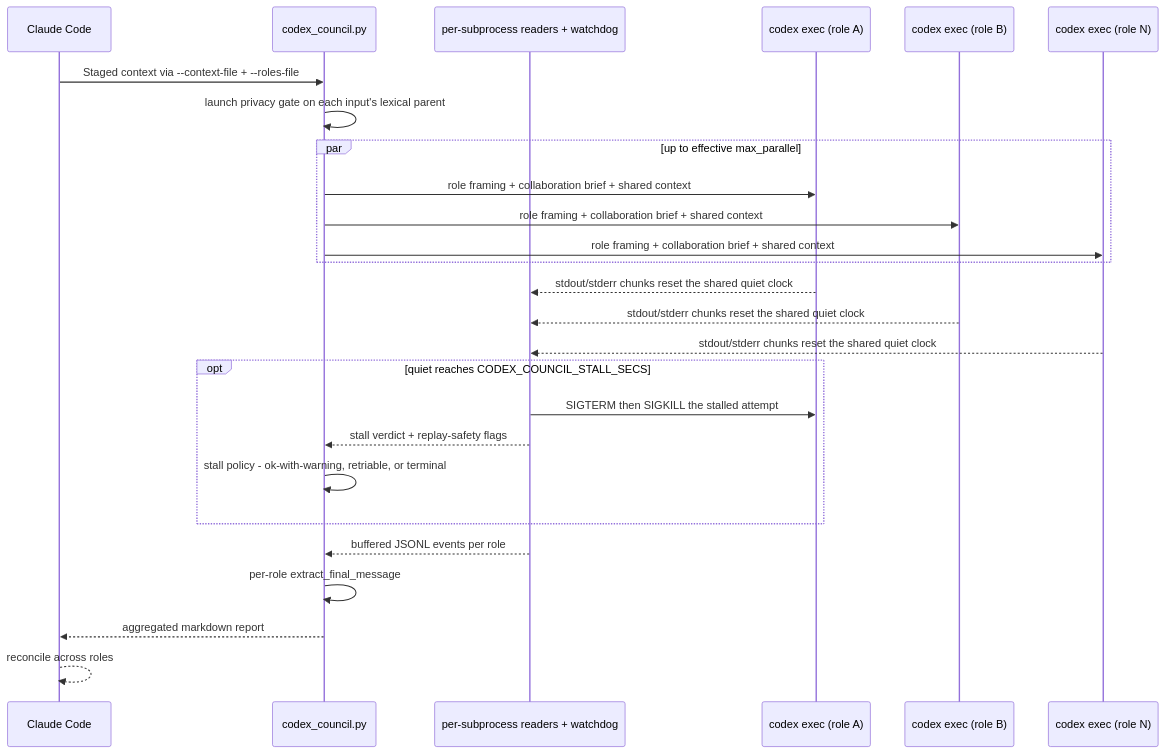
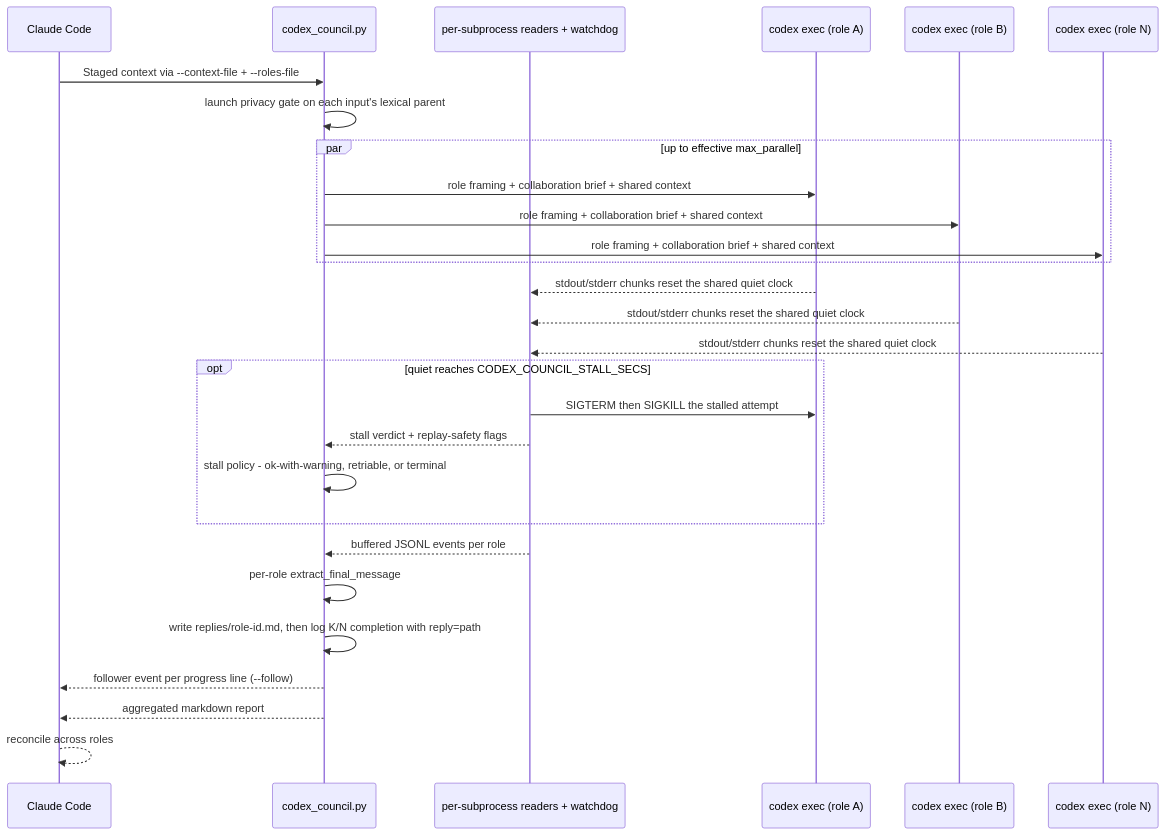
The first of 3 diagrams in DESIGN.md (ehzawad/codex-council), drawn with Mermaid before and after one commit. The commit also changed other lines of this file and 12 other files, not shown here.

````diff
--- a/DESIGN.md
+++ b/DESIGN.md
@@ -104,29 +122,31 @@
 ```mermaid
 sequenceDiagram
     participant C as Claude Code
     participant T as codex_council.py
     participant R as per-subprocess readers + watchdog
     participant A as codex exec (role A)
     participant B as codex exec (role B)
     participant N as codex exec (role N)
 
     C->>T: Staged context via --context-file + --roles-file
     T->>T: launch privacy gate on each input's lexical parent
     par up to effective max_parallel
         T->>A: role framing + collaboration brief + shared context
         T->>B: role framing + collaboration brief + shared context
         T->>N: role framing + collaboration brief + shared context
     end
     A-->>R: stdout/stderr chunks reset the shared quiet clock
     B-->>R: stdout/stderr chunks reset the shared quiet clock
     N-->>R: stdout/stderr chunks reset the shared quiet clock
     opt quiet reaches CODEX_COUNCIL_STALL_SECS
         R->>A: SIGTERM then SIGKILL the stalled attempt
         R-->>T: stall verdict + replay-safety flags
         T->>T: stall policy - ok-with-warning, retriable, or terminal
     end
     R-->>T: buffered JSONL events per role
     T->>T: per-role extract_final_message
+    T->>T: write replies/role-id.md, then log K/N completion with reply=path
+    T-->>C: follower event per progress line (--follow)
     T-->>C: aggregated markdown report
     C-->>C: reconcile across roles
 ```
````
